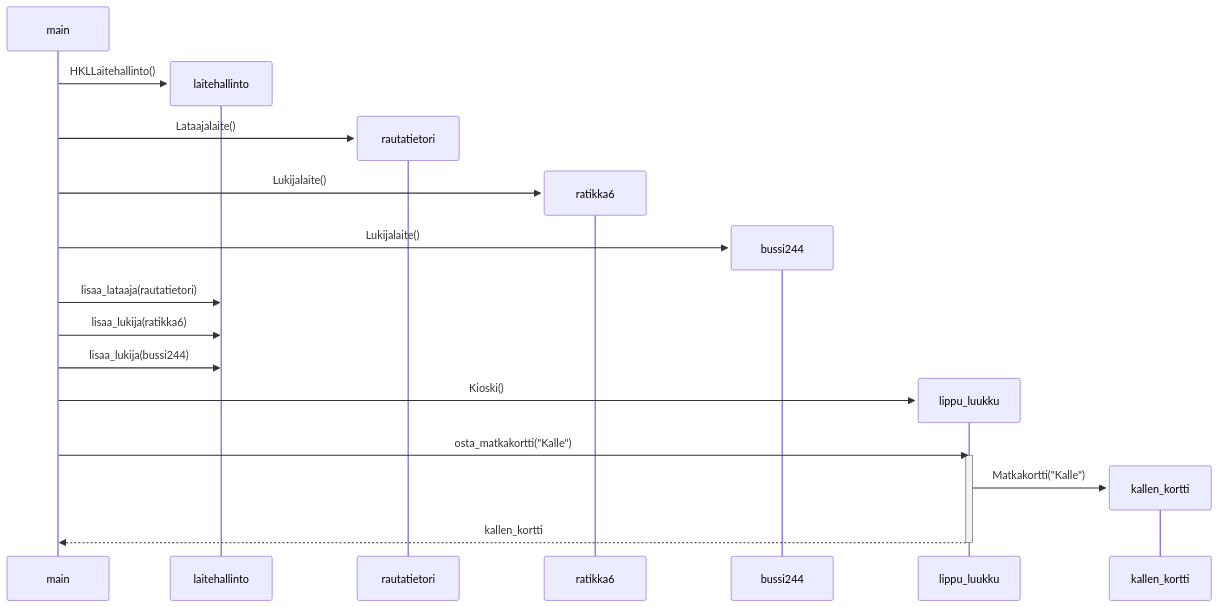
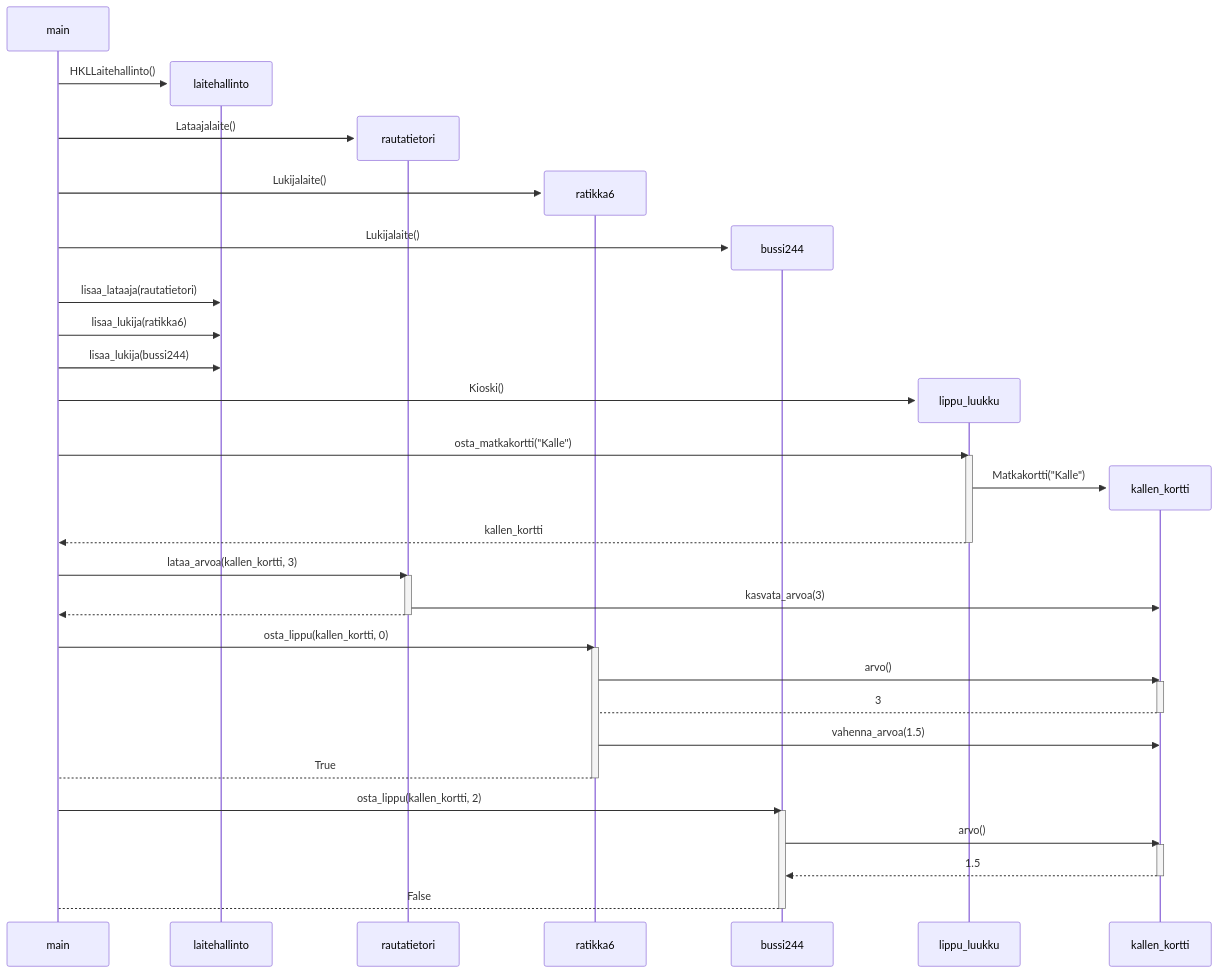
One commit to VSirvio/RaiseYourSword changed the diagram in laskarit/viikko3/hsl_sekvenssikaavio.md. Above: the diagram before and after it, drawn with Mermaid.

Commit message:
Complete hsl_sekvenssikaavio.md

````diff
--- a/laskarit/viikko3/hsl_sekvenssikaavio.md
+++ b/laskarit/viikko3/hsl_sekvenssikaavio.md
@@ -1,23 +1,45 @@
 ```mermaid
 sequenceDiagram
     create participant main
     create participant laitehallinto
     main->>laitehallinto: HKLLaitehallinto()
     create participant rautatietori
     main->>rautatietori: Lataajalaite()
     create participant ratikka6
     main->>ratikka6: Lukijalaite()
     create participant bussi244
     main->>bussi244: Lukijalaite()
     main->>laitehallinto: lisaa_lataaja(rautatietori)
     main->>laitehallinto: lisaa_lukija(ratikka6)
     main->>laitehallinto: lisaa_lukija(bussi244)
     create participant lippu_luukku
     main->>lippu_luukku: Kioski()
     main->>lippu_luukku: osta_matkakortti("Kalle")
     activate lippu_luukku
     create participant kallen_kortti
     lippu_luukku->>kallen_kortti: Matkakortti("Kalle")
     lippu_luukku-->>main: kallen_kortti
     deactivate lippu_luukku
+    main->>rautatietori: lataa_arvoa(kallen_kortti, 3)
+    activate rautatietori
+    rautatietori->>kallen_kortti: kasvata_arvoa(3)
+    rautatietori-->>main: 
+    deactivate rautatietori
+    main->>ratikka6: osta_lippu(kallen_kortti, 0)
+    activate ratikka6
+    ratikka6->>kallen_kortti: arvo()
+    activate kallen_kortti
+    kallen_kortti-->ratikka6: 3
+    deactivate kallen_kortti
+    ratikka6->>kallen_kortti: vahenna_arvoa(1.5)
+    ratikka6-->main: True
+    deactivate ratikka6
+    main->>bussi244: osta_lippu(kallen_kortti, 2)
+    activate bussi244
+    bussi244->>kallen_kortti: arvo()
+    activate kallen_kortti
+    kallen_kortti-->>bussi244: 1.5
+    deactivate kallen_kortti
+    bussi244-->main: False
+    deactivate bussi244
 ```
````
